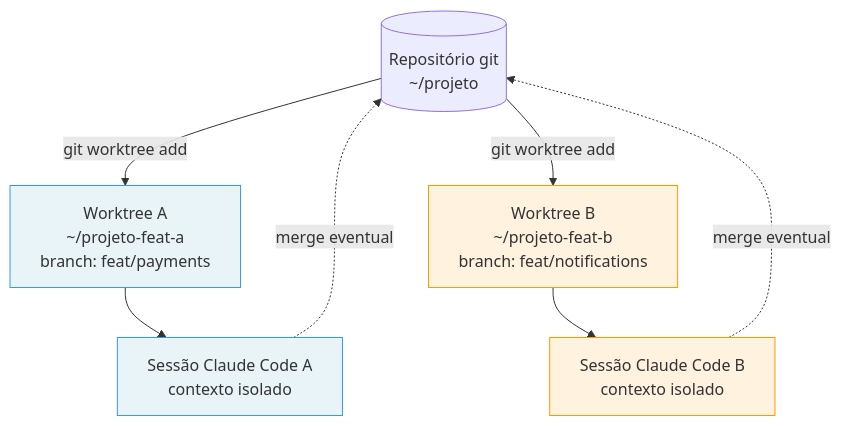
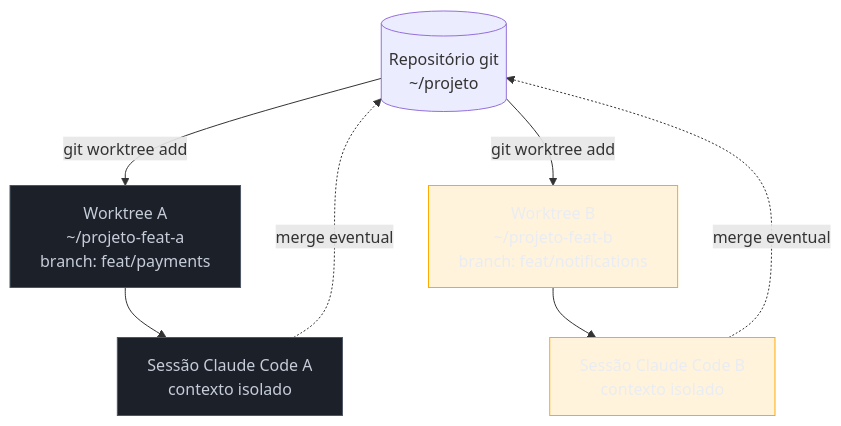
The first of 2 diagrams in 03-Dominios/Tecnologia/IA/Claude Code/Workflows/06 - Sessões paralelas.md (josenaldo/codex-technomanticus), drawn with Mermaid before and after one commit. The commit also changed other lines of this file and 1181 other files, not shown here.

First line of the commit message:
fix(diagramas): paleta do sistema no lugar de cor cravada no markdown

````diff
--- a/03-Dominios/Tecnologia/IA/Claude Code/Workflows/06 - Sessões paralelas.md
+++ b/03-Dominios/Tecnologia/IA/Claude Code/Workflows/06 - Sessões paralelas.md
@@ -31,23 +31,25 @@
 ```mermaid
 flowchart TB
+    classDef neutro fill:#1B2029,stroke:#4E5666,color:#C6CCD8
+    classDef destaque fill:#FFAA0024,stroke:#FFAA00,color:#E9ECF2
     repo[(Repositório git\n~/projeto)]
 
     worktreeA[Worktree A\n~/projeto-feat-a\nbranch: feat/payments]
     worktreeB[Worktree B\n~/projeto-feat-b\nbranch: feat/notifications]
 
     sessaoA["Sessão Claude Code A\ncontexto isolado"]
     sessaoB["Sessão Claude Code B\ncontexto isolado"]
 
     repo -->|git worktree add| worktreeA
     repo -->|git worktree add| worktreeB
     worktreeA --> sessaoA
     worktreeB --> sessaoB
 
     sessaoA -.->|merge eventual| repo
     sessaoB -.->|merge eventual| repo
 
-    style worktreeA fill:#e8f4f8,stroke:#339af0
-    style worktreeB fill:#fff3e0,stroke:#ff9800
-    style sessaoA fill:#e8f4f8,stroke:#339af0
-    style sessaoB fill:#fff3e0,stroke:#ff9800
+    class worktreeA neutro
+    class worktreeB destaque
+    class sessaoA neutro
+    class sessaoB destaque
 ```
````
